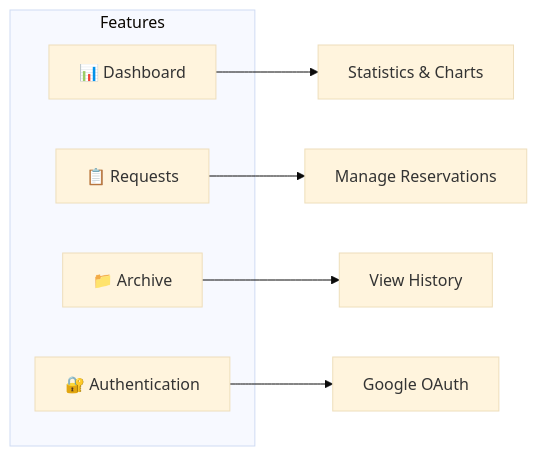
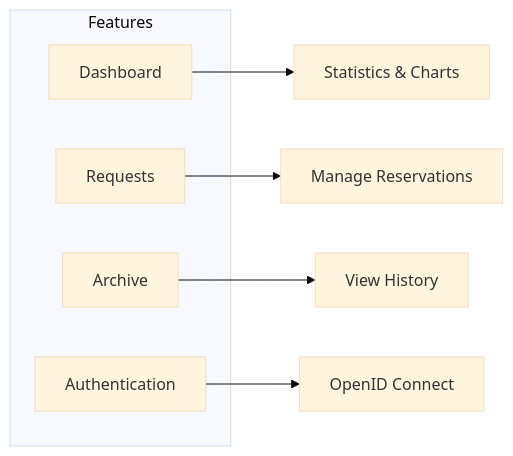
The first of 2 diagrams in README.md (redhat-openshift-partner-labs/portal), drawn with Mermaid (base theme) before and after one commit. The commit also changed other lines of this file, not shown here.

First line of the commit message:
docs: update README to reflect OIDC authentication

````diff
--- a/README.md
+++ b/README.md
@@ -5,14 +5,14 @@
 ```mermaid
 graph LR
     subgraph Features
-        Dashboard["📊 Dashboard"]
-        Requests["📋 Requests"]
-        Archive["📁 Archive"]
-        Auth["🔐 Authentication"]
+        Dashboard["Dashboard"]
+        Requests["Requests"]
+        Archive["Archive"]
+        Auth["Authentication"]
     end
 
     Dashboard --> Stats["Statistics & Charts"]
     Requests --> Manage["Manage Reservations"]
     Archive --> History["View History"]
-    Auth --> Google["Google OAuth"]
+    Auth --> OIDC["OpenID Connect"]
 ```
````
